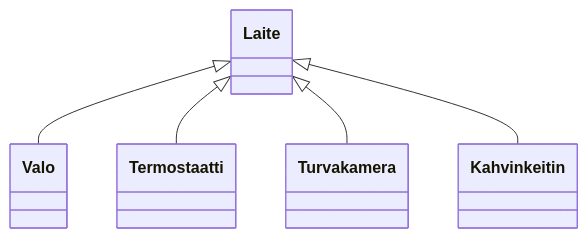
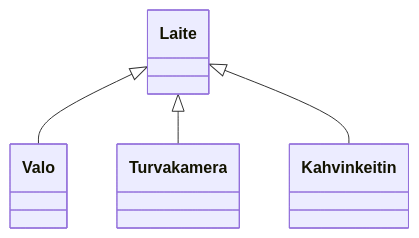
Before and after one commit to ohj-perus-jy/ohj2: the diagram in src/osa3/02-rajapinnat-ja-abstraktit-luokat.md, drawn with Mermaid. The commit also changed other lines of this file, not shown here.

````diff
--- a/src/osa3/02-rajapinnat-ja-abstraktit-luokat.md
+++ b/src/osa3/02-rajapinnat-ja-abstraktit-luokat.md
@@ -21,9 +21,8 @@
 ```mermaid
 classDiagram
     class Laite 
 
     Laite <|-- Valo
-    Laite <|-- Termostaatti
     Laite <|-- Turvakamera
     Laite <|-- Kahvinkeitin
 ```
````
